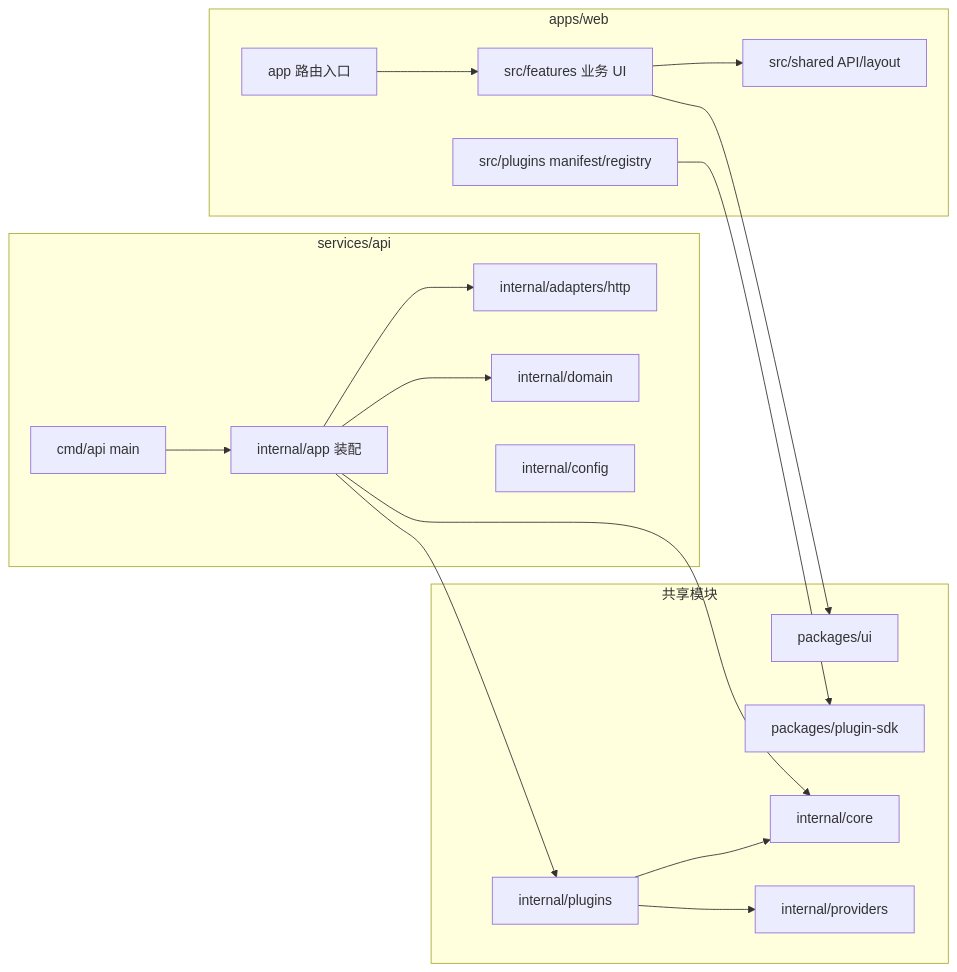
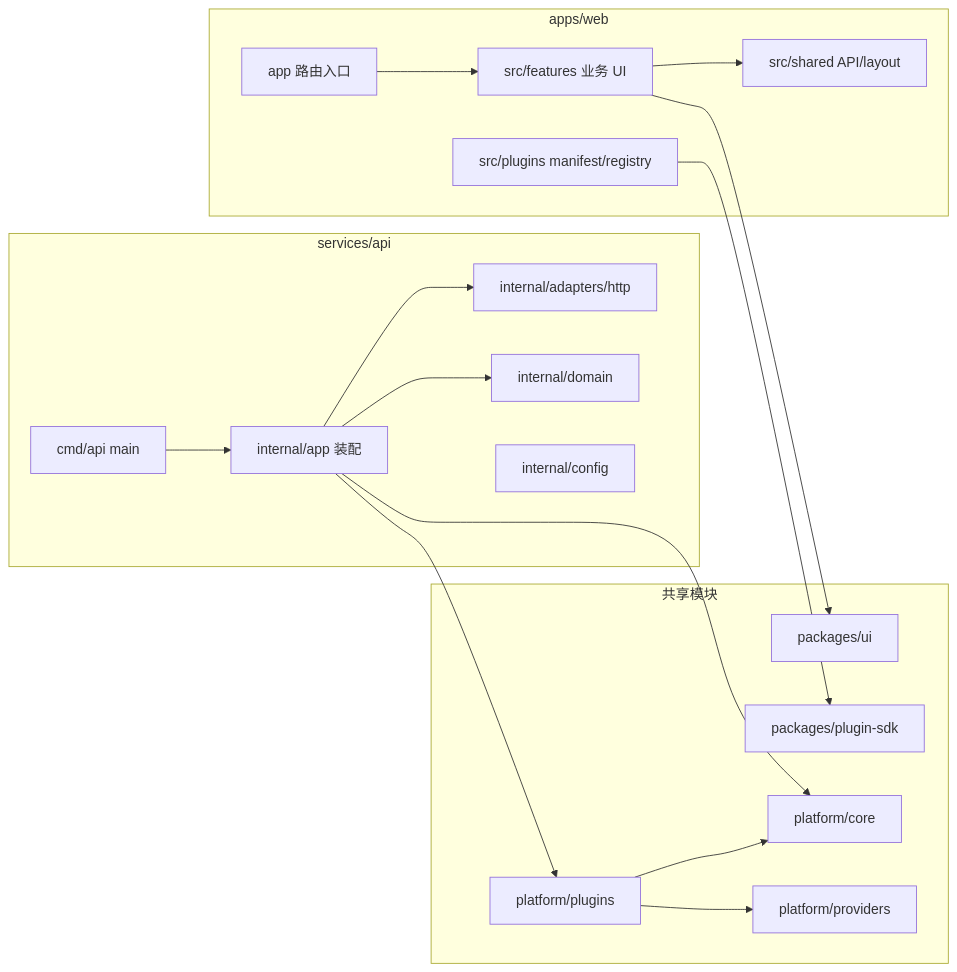
One commit to WeOpen/WeOpen changed the second of 4 diagrams in README.md. Above: the diagram before and after it, drawn with Mermaid. The commit also changed other lines of this file and 232 other files, not shown here.

````diff
--- a/README.md
+++ b/README.md
@@ -77,37 +77,37 @@
 ```mermaid
 flowchart LR
   subgraph Web[apps/web]
     WebRoutes[app 路由入口]
     WebFeatures[src/features 业务 UI]
     WebRegistry[src/plugins manifest/registry]
     WebShared[src/shared API/layout]
   end
 
   subgraph API[services/api]
     Cmd[cmd/api main]
     App[internal/app 装配]
     HTTP[internal/adapters/http]
     Domain[internal/domain]
     Config[internal/config]
   end
 
   subgraph Shared[共享模块]
     UI[packages/ui]
     PluginSDK[packages/plugin-sdk]
-    Core[internal/core]
-    Providers[internal/providers]
-    Plugins[internal/plugins]
+    Core[platform/core]
+    Providers[platform/providers]
+    Plugins[platform/plugins]
   end
 
   WebRoutes --> WebFeatures
   WebFeatures --> WebShared
   WebRegistry --> PluginSDK
   WebFeatures --> UI
   Cmd --> App
   App --> HTTP
   App --> Domain
   App --> Core
   App --> Plugins
   Plugins --> Core
   Plugins --> Providers
 ```
````
